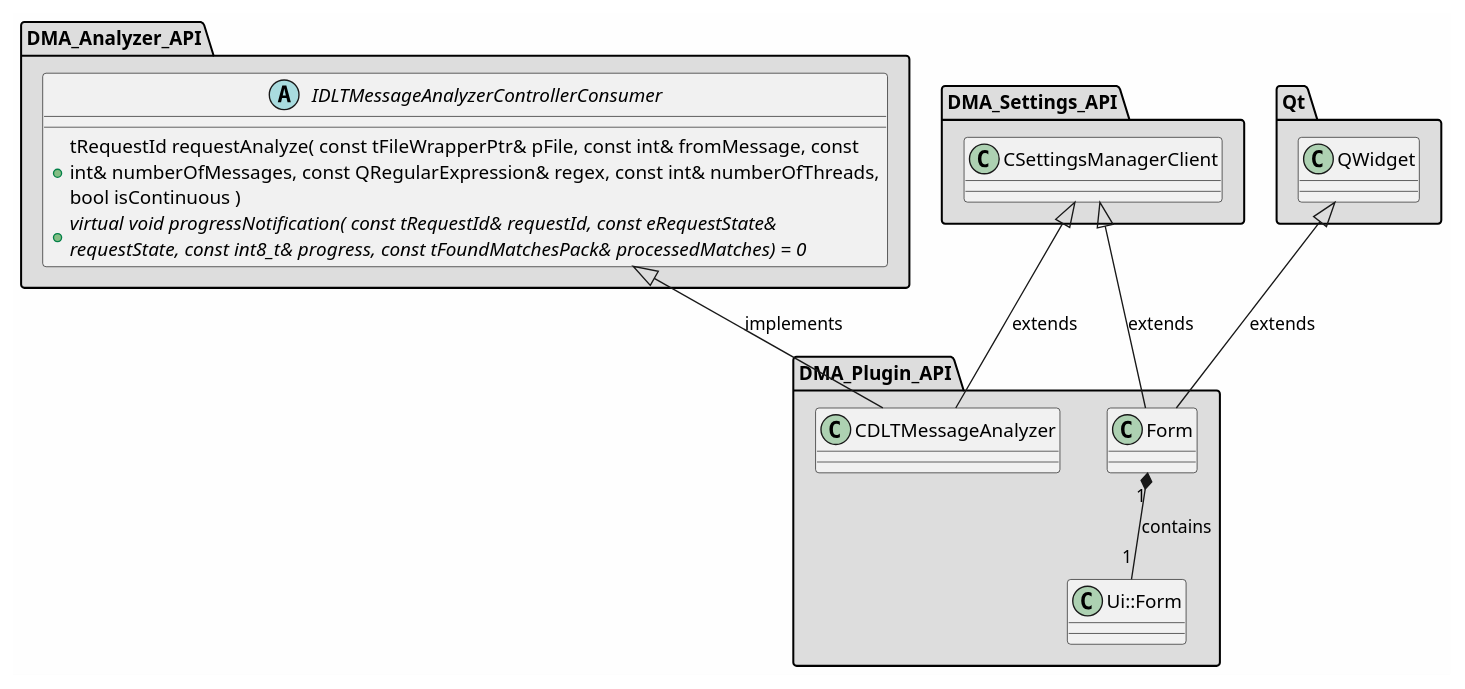
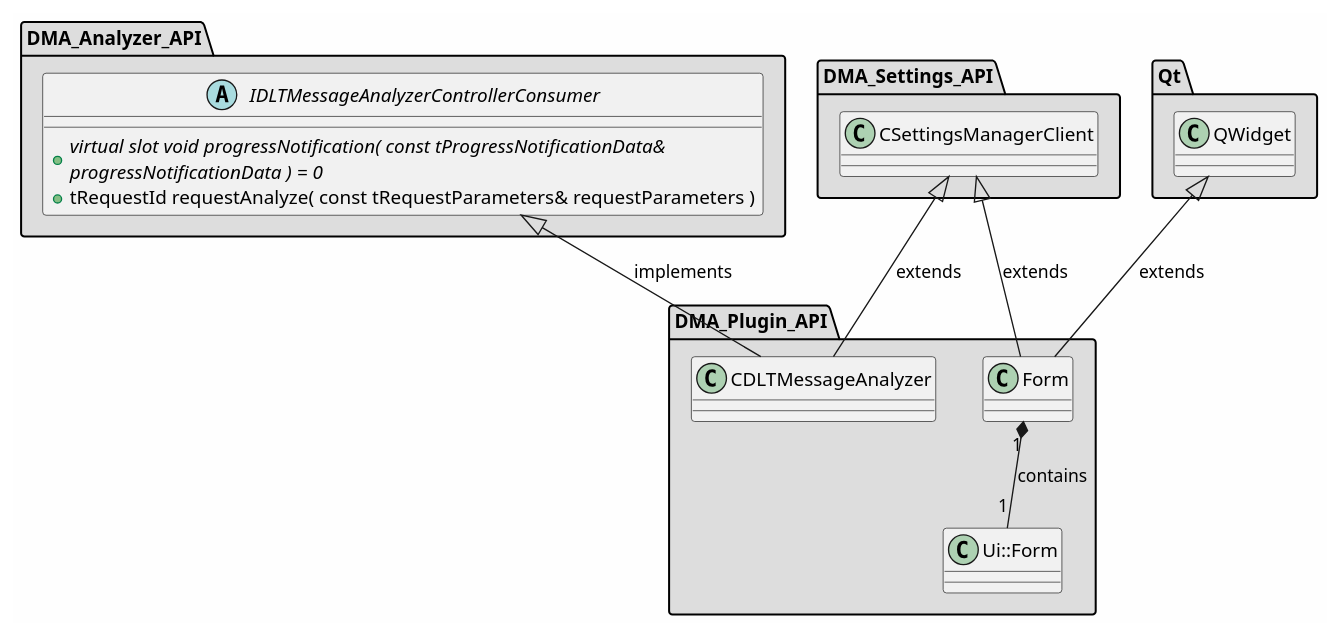
The diagram in md/dev_docs/puml/DMA_Plugin_API_standalone.puml (svlad-90/DLT-Message-Analyzer), drawn with PlantUML before and after one commit. The commit also changed 42 other files, not shown here.

```diff
--- a/md/dev_docs/puml/DMA_Plugin_API_standalone.puml
+++ b/md/dev_docs/puml/DMA_Plugin_API_standalone.puml
@@ -2,60 +2,60 @@
 @startuml
 
 skinparam backgroundColor #FEFEFE
 skinparam wrapWidth 600
 package "DMA_Analyzer_API" #DDDDDD
 {
 
 abstract class "IDLTMessageAnalyzerControllerConsumer"
 {
-    + tRequestId requestAnalyze( const tFileWrapperPtr& pFile, const int& fromMessage, const int& numberOfMessages, const QRegularExpression& regex, const int& numberOfThreads, bool isContinuous )
-    + {abstract} virtual void progressNotification( const tRequestId& requestId, const eRequestState& requestState, const int8_t& progress, const tFoundMatchesPack& processedMatches) = 0
+    + {abstract} virtual slot void progressNotification( const tProgressNotificationData& progressNotificationData ) = 0
+    + tRequestId requestAnalyze( const tRequestParameters& requestParameters )
 }
 
 }
 
 package "DMA_Plugin_API" #DDDDDD
 {
 
 class "CDLTMessageAnalyzer"
 {
 }
 
 class "Form"
 {
 }
 
 class "Ui::Form"
 {
 }
 
 }
 
 package "DMA_Settings_API" #DDDDDD
 {
 
 class "CSettingsManagerClient"
 {
 }
 
 }
 
 package "Qt" #DDDDDD
 {
 
 class "QWidget"
 {
 }
 
 }
 
 '====================Inheritance section====================
 CSettingsManagerClient <|-- CDLTMessageAnalyzer : extends
 IDLTMessageAnalyzerControllerConsumer <|-- CDLTMessageAnalyzer : implements
 CSettingsManagerClient <|-- Form : extends
 QWidget <|-- Form : extends
 
 '====================Dependencies section====================
 Form "1" *-- "1" Ui::Form : contains
 
 @enduml
```
